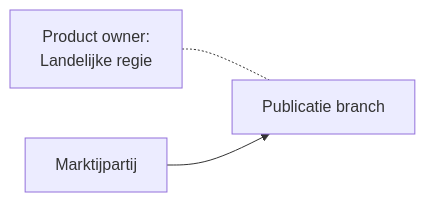
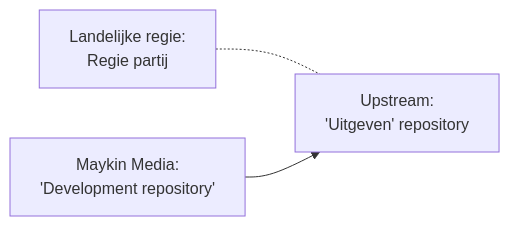
One commit to open-zaak/samenwerken changed the second of 2 diagrams in resultaten/openzaak-ecosysteem-stappen.md. Above: the diagram before and after it, drawn with Mermaid. The commit also changed other lines of this file, not shown here.

Commit message:
Improve image

````diff
--- a/resultaten/openzaak-ecosysteem-stappen.md
+++ b/resultaten/openzaak-ecosysteem-stappen.md
@@ -47,11 +47,11 @@
 ```mermaid
 graph LR
     %% Nodes
-    Dev1["Marktijpartij"]
-    Upstream["Publicatie branch"]
-    PO["Product owner:<br/>Landelijke regie"]
+    Dev1["Maykin Media:<br/>'Development repository'"]
+    Upstream["Upstream:<br/>'Uitgeven' repository"]
+    PO["Landelijke regie:<br/>Regie partij"]
 
     %% Connections
     PO -.- Upstream
     Dev1 --> Upstream
 ```
````
